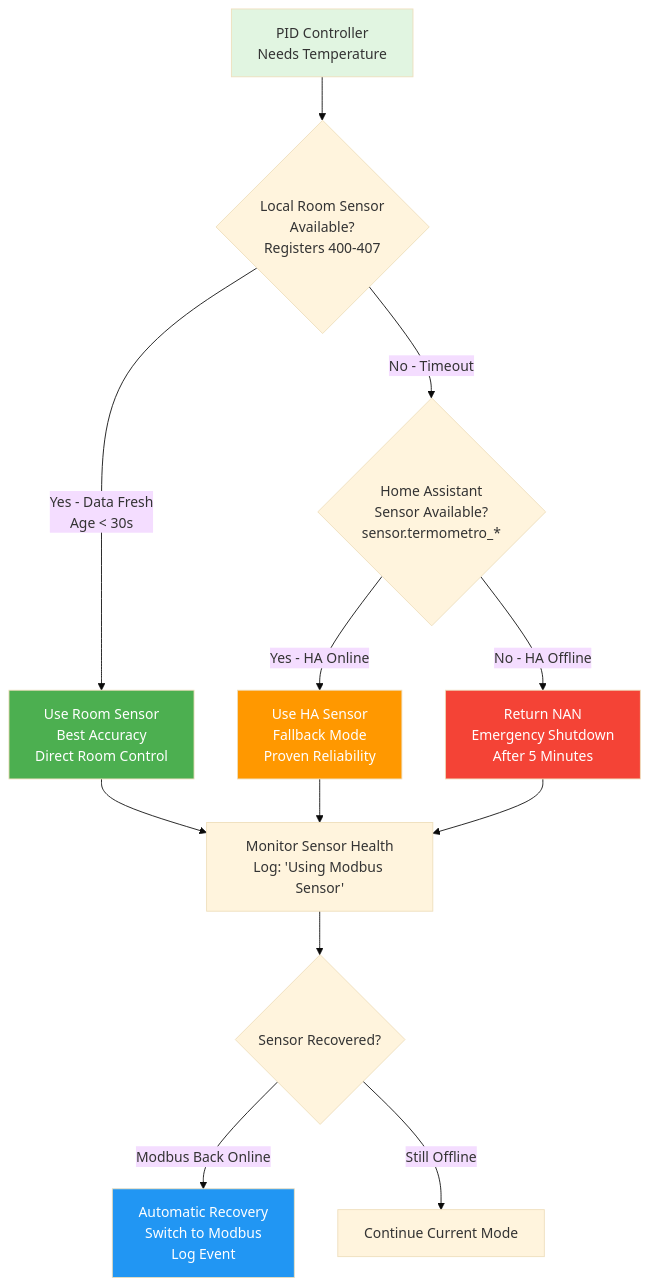
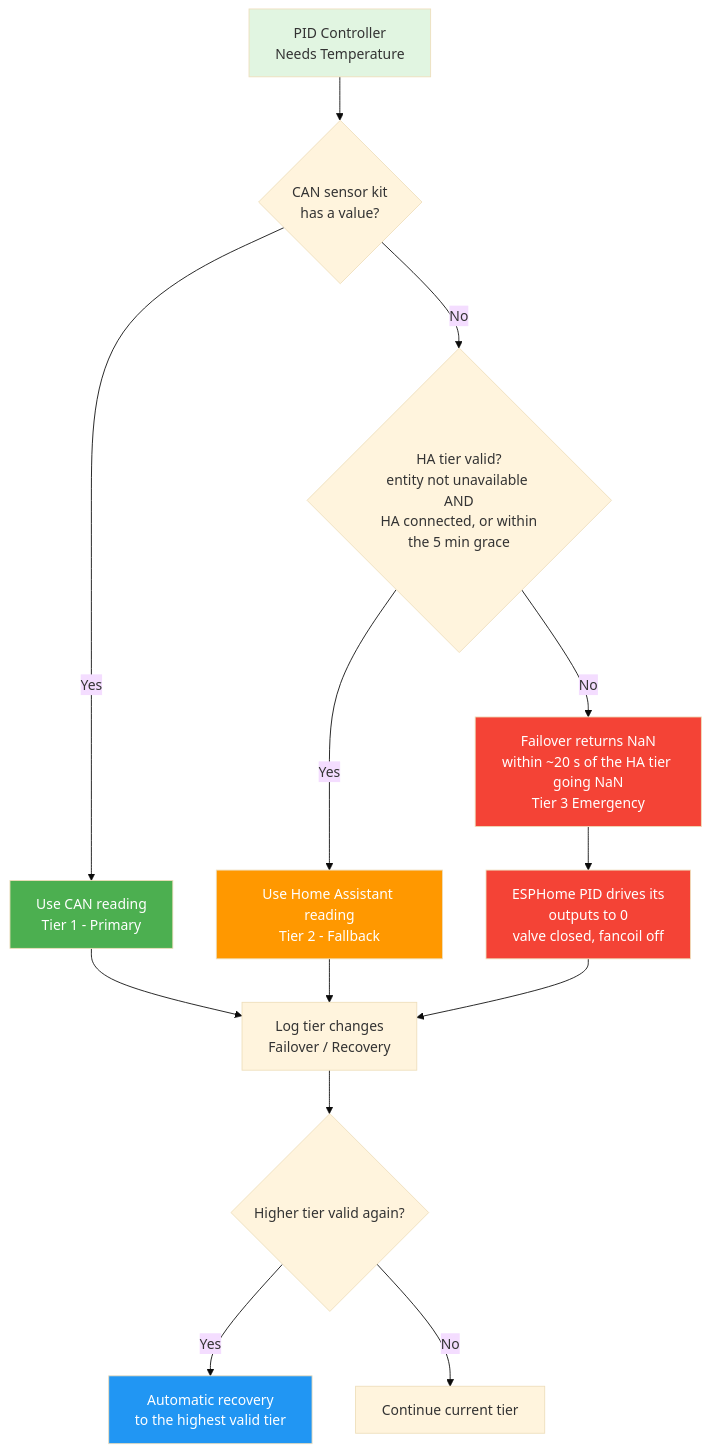
One commit to afmotta/esphome-devices changed the fourth of 8 diagrams in docs/architecture/architecture-diagram.md. Above: the diagram before and after it, drawn with Mermaid (base theme). The commit also changed other lines of this file and 17 other files, not shown here.

````diff
--- a/docs/architecture/architecture-diagram.md
+++ b/docs/architecture/architecture-diagram.md
@@ -180,26 +188,29 @@
 ```mermaid
 graph TD
     Start[PID Controller<br/>Needs Temperature]
-    
-    Start --> CheckModbus{Local Room Sensor<br/>Available?<br/>Registers 400-407}
-    
-    CheckModbus -->|Yes - Data Fresh<br/>Age < 30s| UseModbus[Use Room Sensor<br/>Best Accuracy<br/>Direct Room Control]
-    CheckModbus -->|No - Timeout| CheckHA{Home Assistant<br/>Sensor Available?<br/>sensor.termometro_*}
-    
-    CheckHA -->|Yes - HA Online| UseHA[Use HA Sensor<br/>Fallback Mode<br/>Proven Reliability]
-    CheckHA -->|No - HA Offline| Emergency[Return NAN<br/>Emergency Shutdown<br/>After 5 Minutes]
-    
-    UseModbus --> MonitorHealth[Monitor Sensor Health<br/>Log: 'Using Modbus Sensor']
-    UseHA --> MonitorHealth
-    Emergency --> MonitorHealth
-    
-    MonitorHealth --> Recovery{Sensor Recovered?}
-    Recovery -->|Modbus Back Online| AutoRecover[Automatic Recovery<br/>Switch to Modbus<br/>Log Event]
-    Recovery -->|Still Offline| Continue[Continue Current Mode]
-    
+
+    Start --> CheckCAN{CAN sensor kit<br/>has a value?}
+
+    CheckCAN -->|Yes| UseCAN[Use CAN reading<br/>Tier 1 - Primary]
+    CheckCAN -->|No| CheckHA{HA tier valid?<br/>entity not unavailable AND<br/>HA connected, or within<br/>the 5 min grace}
+
+    CheckHA -->|Yes| UseHA[Use Home Assistant reading<br/>Tier 2 - Fallback]
+    CheckHA -->|No| Emergency[Failover returns NaN<br/>within ~20 s of the HA tier going NaN<br/>Tier 3 Emergency]
+
+    Emergency --> PIDZero[ESPHome PID drives its<br/>outputs to 0<br/>valve closed, fancoil off]
+
+    UseCAN --> Log[Log tier changes<br/>Failover / Recovery]
+    UseHA --> Log
+    PIDZero --> Log
+
+    Log --> Recovery{Higher tier valid again?}
+    Recovery -->|Yes| AutoRecover[Automatic recovery<br/>to the highest valid tier]
+    Recovery -->|No| Continue[Continue current tier]
+
     style Start fill:#e1f5e1
-    style UseModbus fill:#4caf50,color:#fff
+    style UseCAN fill:#4caf50,color:#fff
     style UseHA fill:#ff9800,color:#fff
     style Emergency fill:#f44336,color:#fff
+    style PIDZero fill:#f44336,color:#fff
     style AutoRecover fill:#2196f3,color:#fff
 ```
````
